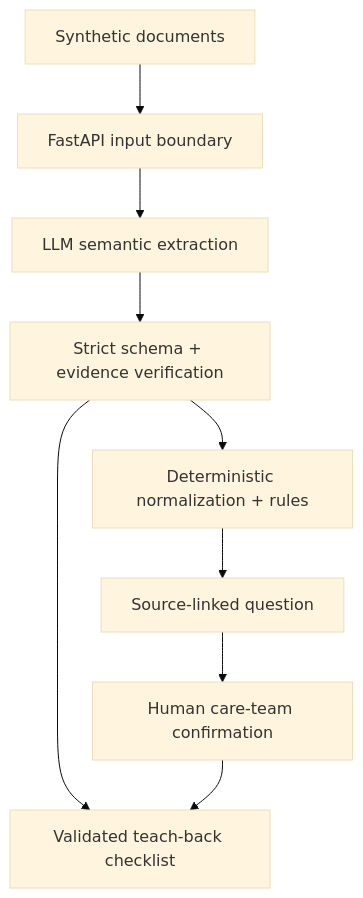
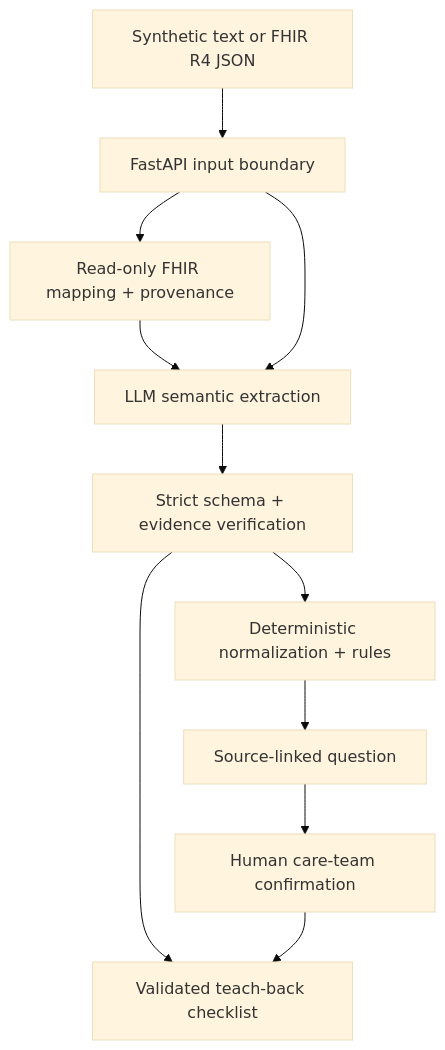
The diagram in docs/ARCHITECTURE.md (changsungoh/CareAlign), drawn with Mermaid (base theme) before and after one commit. The commit also changed other lines of this file and 12 other files, not shown here.

````diff
--- a/docs/ARCHITECTURE.md
+++ b/docs/ARCHITECTURE.md
@@ -11,11 +11,13 @@
 ```mermaid
 flowchart TD
-  A["Synthetic documents"] --> B["FastAPI input boundary"]
-  B --> C["LLM semantic extraction"]
+  A["Synthetic text or FHIR R4 JSON"] --> B["FastAPI input boundary"]
+  B --> I["Read-only FHIR mapping + provenance"]
+  I --> C["LLM semantic extraction"]
+  B --> C
   C --> D["Strict schema + evidence verification"]
   D --> E["Deterministic normalization + rules"]
   E --> F["Source-linked question"]
   F --> G["Human care-team confirmation"]
   D --> H["Validated teach-back checklist"]
   G --> H
 ```
````
